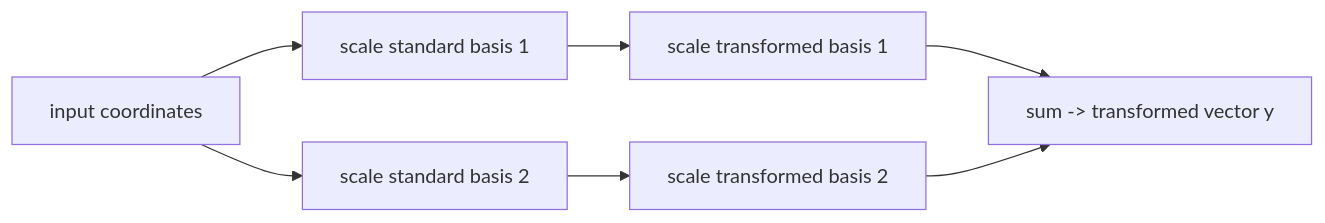
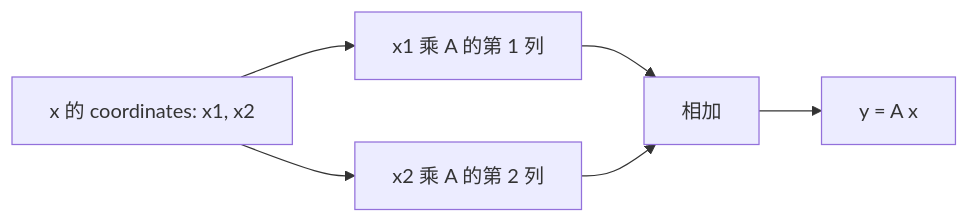
Before and after one commit to FxorG00/system-learning-notes: the diagram in ai_theory/T2/T2.md, drawn with Mermaid. The commit also changed other lines of this file and 2 other files, not shown here.

Commit message:
Refine AI theory T2 and T3 learning flow

````diff
--- a/ai_theory/T2/T2.md
+++ b/ai_theory/T2/T2.md
@@ -311,9 +104,8 @@
 ```mermaid
 flowchart LR
-    X[input coordinates] --> B1[scale standard basis 1]
-    X --> B2[scale standard basis 2]
-    B1 --> C1[scale transformed basis 1]
-    B2 --> C2[scale transformed basis 2]
-    C1 --> Y[sum -> transformed vector y]
-    C2 --> Y
+    X[x 的 coordinates: x1, x2] --> C1[x1 乘 A 的第 1 列]
+    X --> C2[x2 乘 A 的第 2 列]
+    C1 --> S[相加]
+    C2 --> S
+    S --> Y[y = A x]
 ```
````
